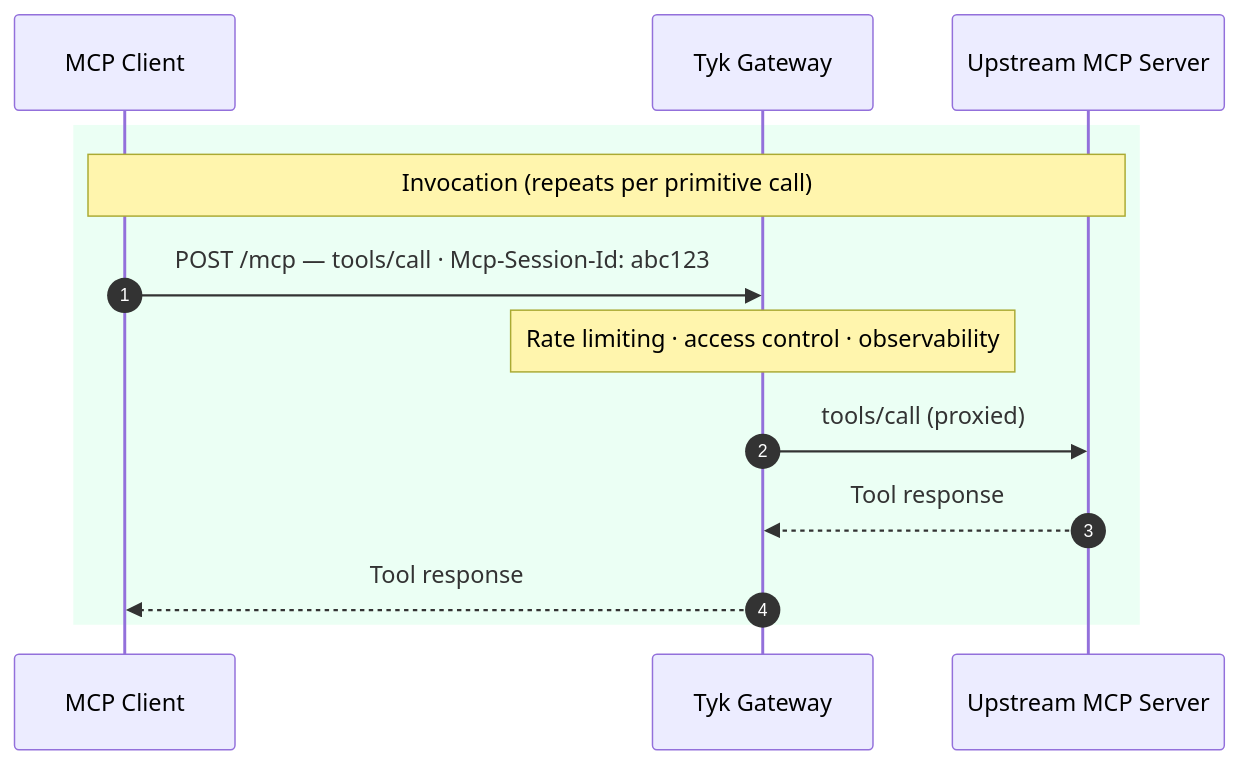
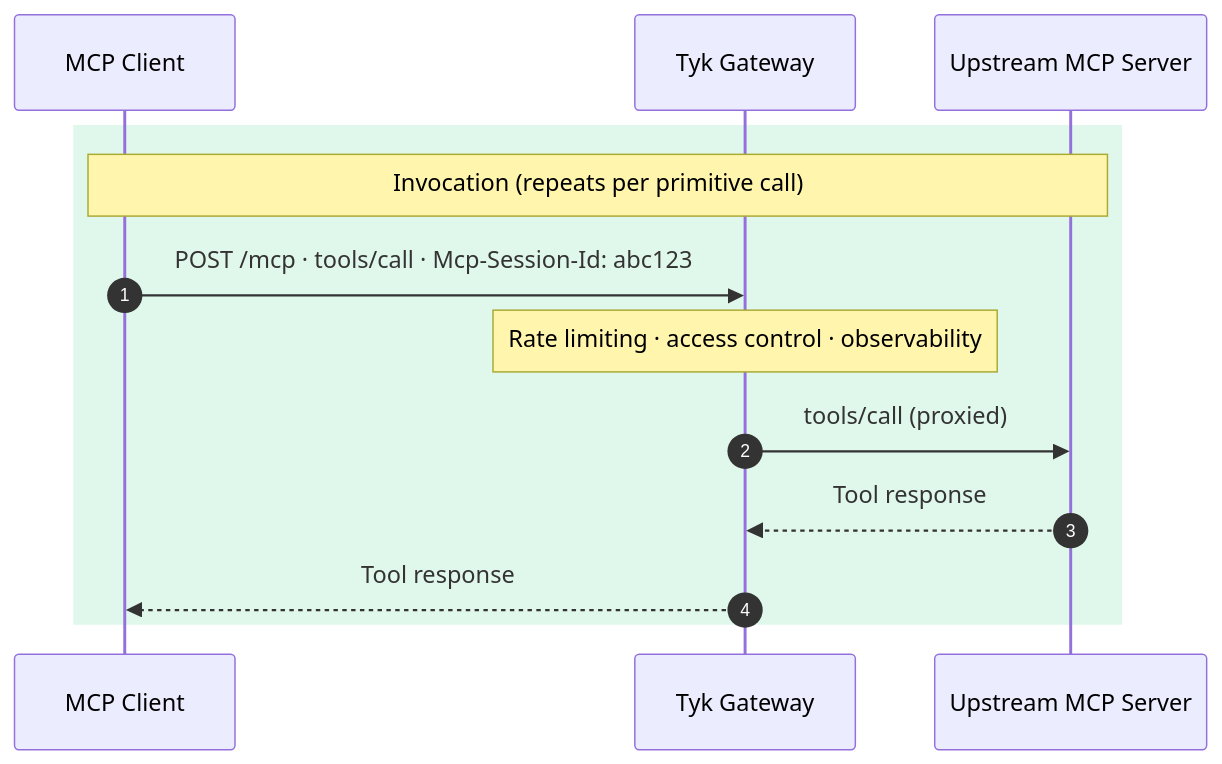
The fourth of 5 diagrams in ai-management/mcp-gateway/core-concepts.mdx (TykTechnologies/tyk-docs), drawn with Mermaid before and after one commit. The commit also changed other lines of this file and 17 other files, not shown here.

````diff
--- a/ai-management/mcp-gateway/core-concepts.mdx
+++ b/ai-management/mcp-gateway/core-concepts.mdx
@@ -231,16 +262,16 @@
 ```mermaid
 sequenceDiagram
     autonumber
     participant C as MCP Client
     participant T as Tyk Gateway
     participant U as Upstream MCP Server
 
-    rect rgb(235, 255, 244)
+    rect rgba(52, 199, 120, 0.15)
         Note over C,U: Invocation (repeats per primitive call)
-        C->>T: POST /mcp — tools/call · Mcp-Session-Id: abc123
+        C->>T: POST /mcp · tools/call · Mcp-Session-Id: abc123
         Note over T: Rate limiting · access control · observability
         T->>U: tools/call (proxied)
         U-->>T: Tool response
         T-->>C: Tool response
     end
 ```
````
